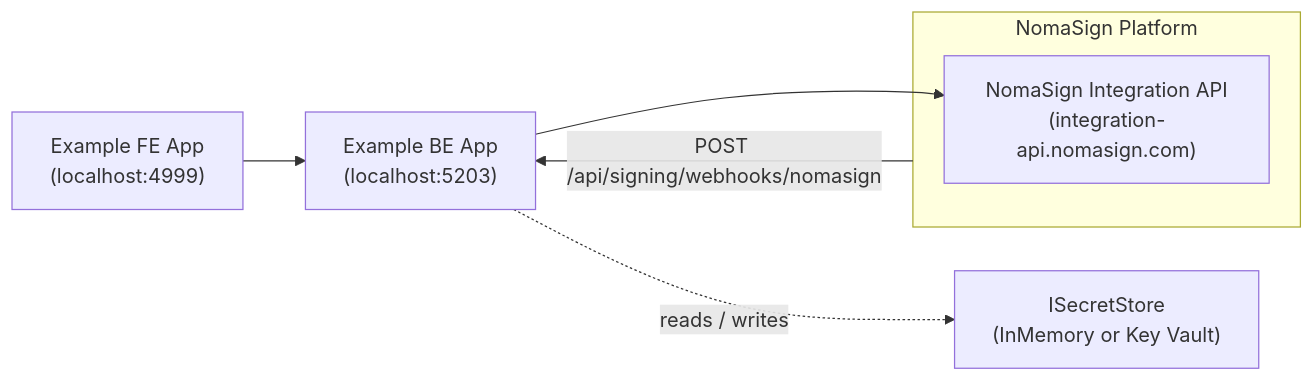
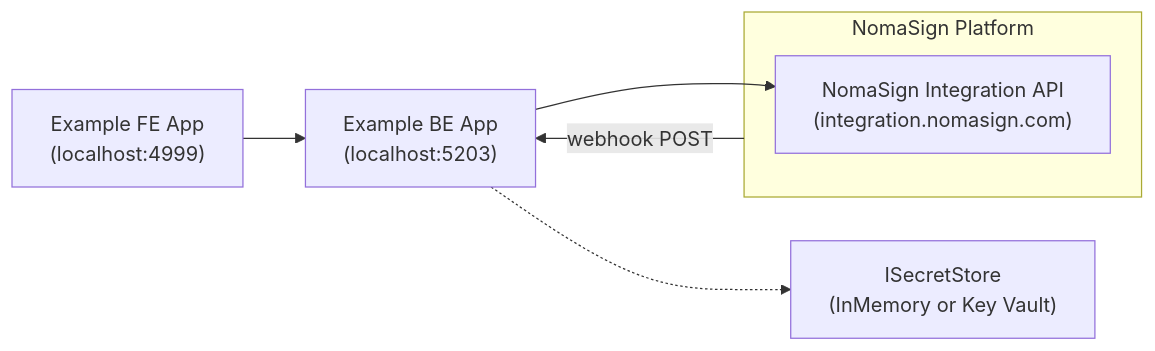
The diagram in docs/architecture/README.md (Nomasign/IntegrationExamples), drawn with Mermaid before and after one commit. The commit also changed 34 other files, not shown here.

First line of the commit message:
Add comprehensive feedback documentation for NomaSign integration steps

````diff
--- a/docs/architecture/README.md
+++ b/docs/architecture/README.md
@@ -5,12 +5,12 @@
 ```mermaid
 graph LR
-    UI["Example FE App<br/>(localhost:4999)"] --> Backend["Example BE App<br/>(localhost:5203)"]
-    Backend --> API["NomaSign Integration API<br/>(integration-api.nomasign.com)"]
-    Backend -.->|reads / writes| Secrets["ISecretStore<br/>(InMemory or Key Vault)"]
+    UI["Example FE App\n(localhost:4999)"] --> Backend["Example BE App\n(localhost:5203)"]
+    Backend --> API["NomaSign Integration API\n(integration.nomasign.com)"]
+    Backend -.-> Secrets["ISecretStore\n(InMemory or Key Vault)"]
 
     subgraph NomaSign["NomaSign Platform"]
         API
     end
 
-    NomaSign -->|"POST /api/signing/webhooks/nomasign"| Backend
+    NomaSign -->|webhook POST| Backend
 ```
````
